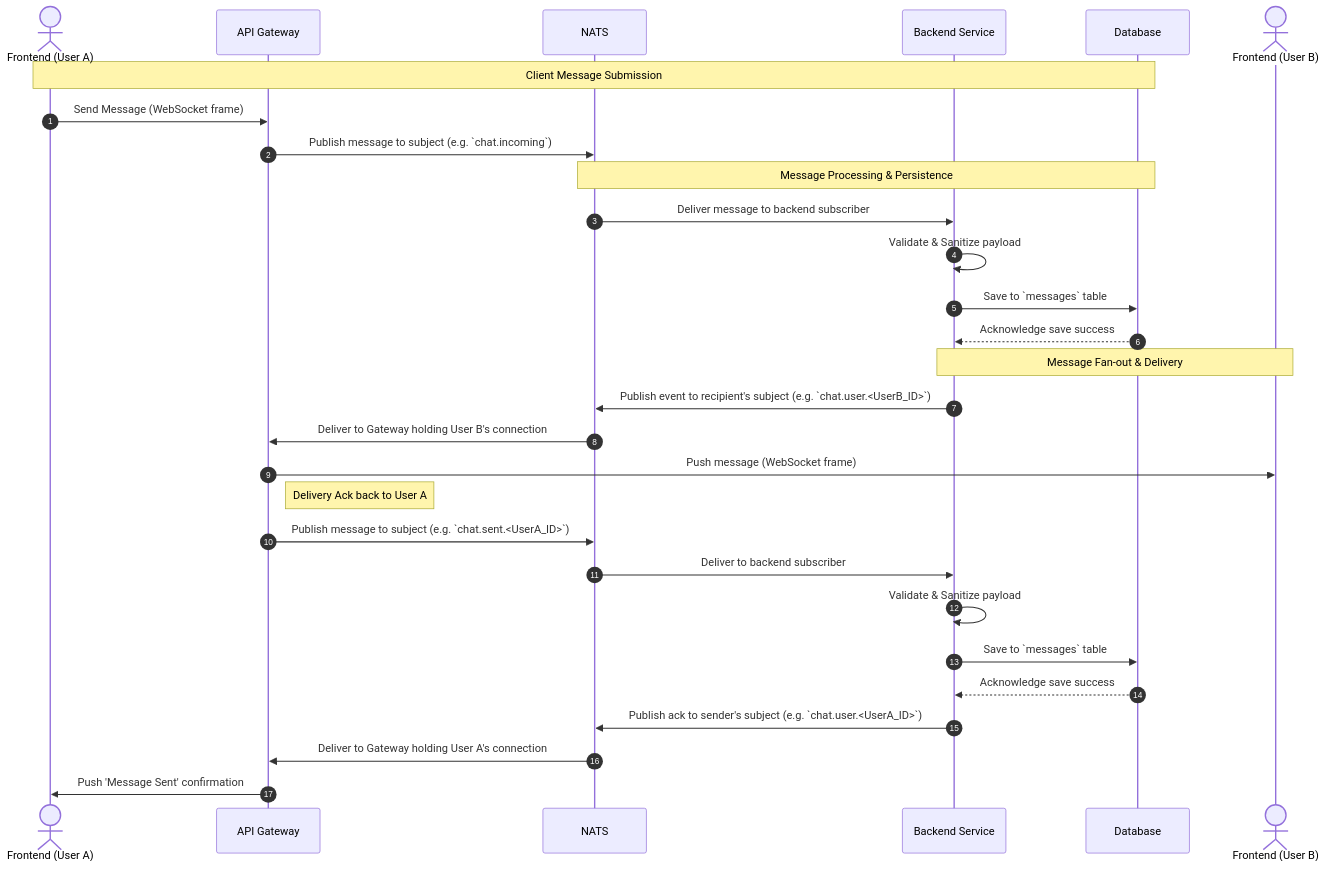
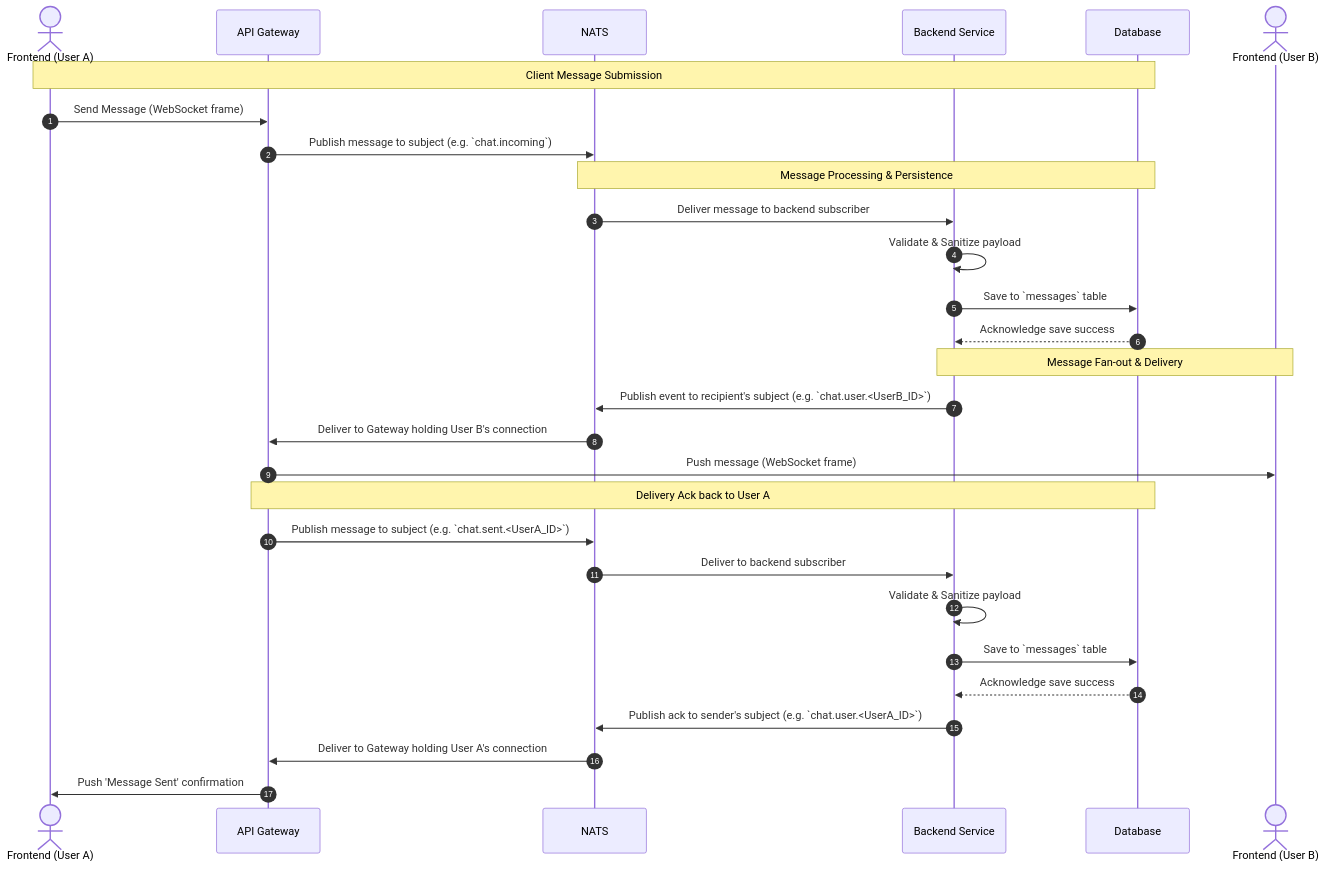
Before and after one commit to zukigit/chat: the diagram in docs/chat_streaming.md, drawn with Mermaid.

Commit message:
docs: Clarify delivery acknowledgment in chat streaming diagram to involve Gateway and Database.

````diff
--- a/docs/chat_streaming.md
+++ b/docs/chat_streaming.md
@@ -9,36 +9,36 @@
 ```mermaid
 sequenceDiagram
     autonumber
     
     actor F1 as Frontend (User A)
     participant GW as API Gateway
     participant NQ as NATS
     participant BE as Backend Service
     participant DB as Database
     actor F2 as Frontend (User B)
 
     note over F1, DB: Client Message Submission
     F1->>GW: Send Message (WebSocket frame)
     GW->>NQ: Publish message to subject (e.g. `chat.incoming`)
     
     note over NQ, DB: Message Processing & Persistence
     NQ->>BE: Deliver message to backend subscriber
     BE->>BE: Validate & Sanitize payload
     BE->>DB: Save to `messages` table
     DB-->>BE: Acknowledge save success
     
     note over BE, F2: Message Fan-out & Delivery
     BE->>NQ: Publish event to recipient's subject (e.g. `chat.user.<UserB_ID>`)
     NQ->>GW: Deliver to Gateway holding User B's connection
     GW->>F2: Push message (WebSocket frame)
     
-    note right of GW: Delivery Ack back to User A
+    note over GW, DB: Delivery Ack back to User A
     GW->>NQ: Publish message to subject (e.g. `chat.sent.<UserA_ID>`)
     NQ->>BE: Deliver to backend subscriber
     BE->>BE: Validate & Sanitize payload
     BE->>DB: Save to `messages` table
     DB-->>BE: Acknowledge save success
     BE->>NQ: Publish ack to sender's subject (e.g. `chat.user.<UserA_ID>`)
     NQ->>GW: Deliver to Gateway holding User A's connection
     GW->>F1: Push 'Message Sent' confirmation
 ```
````
